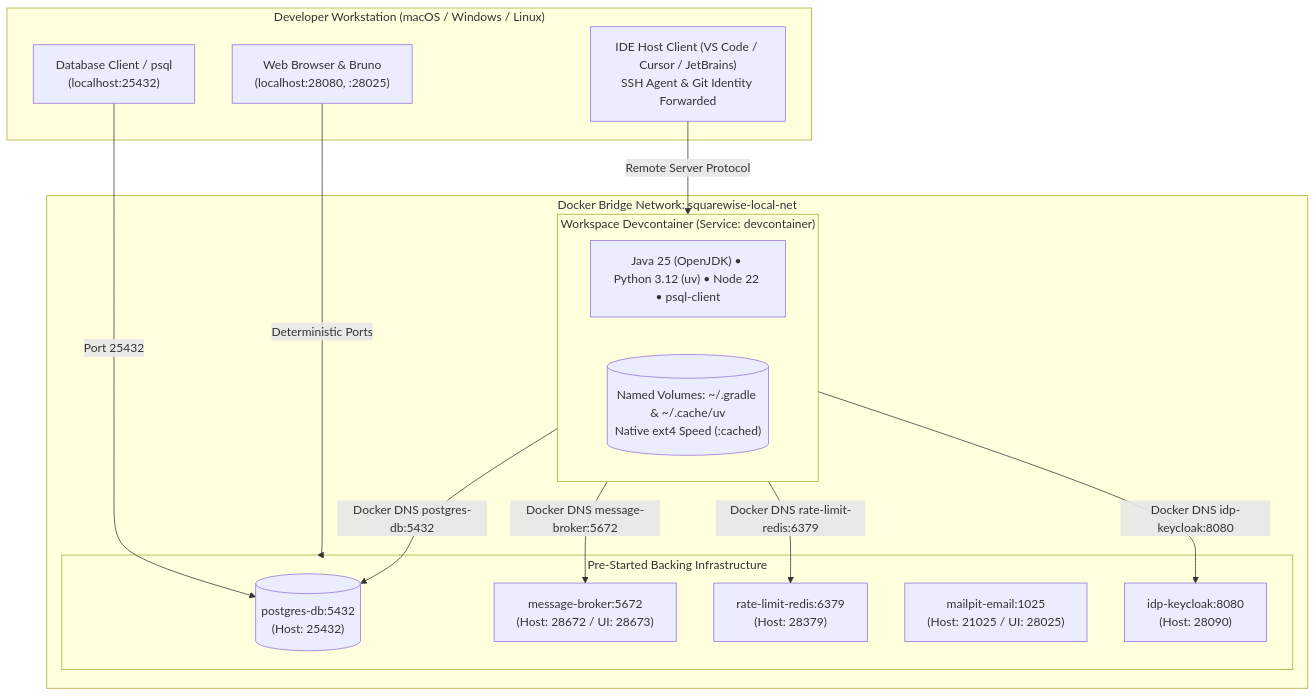
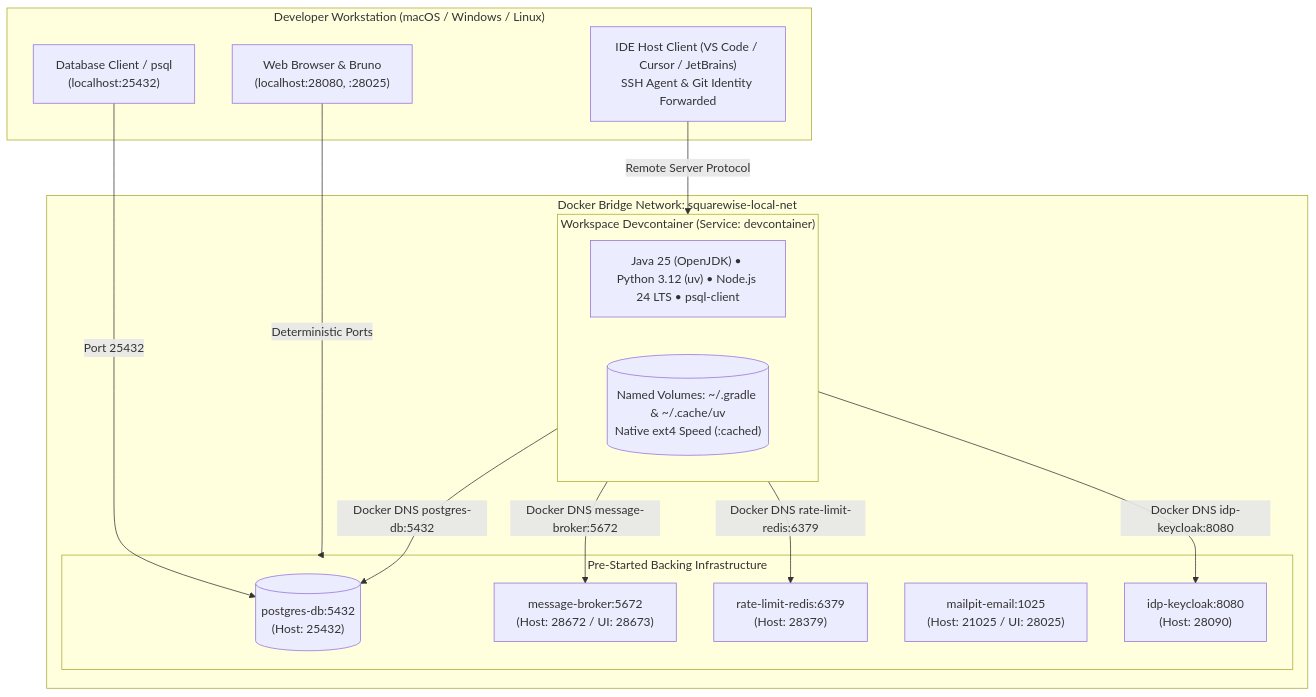
One commit to ohbus/squarewise changed the diagram in docs/operations/devcontainer.md. Above: the diagram before and after it, drawn with Mermaid. The commit also changed other lines of this file and 378 other files, not shown here.

````diff
--- a/docs/operations/devcontainer.md
+++ b/docs/operations/devcontainer.md
@@ -7,31 +7,31 @@
 ```mermaid
 flowchart TB
     subgraph Host["Developer Workstation (macOS / Windows / Linux)"]
         Browser["Web Browser & Bruno<br/>(localhost:28080, :28025)"]
         IDE["IDE Host Client (VS Code / Cursor / JetBrains)<br/>SSH Agent & Git Identity Forwarded"]
         DBTools["Database Client / psql<br/>(localhost:25432)"]
     end
 
     subgraph BridgeNet["Docker Bridge Network: squarewise-local-net"]
         subgraph WorkspaceContainer["Workspace Devcontainer (Service: devcontainer)"]
-            DevTools["Java 25 (OpenJDK) • Python 3.12 (uv) • Node 22 • psql-client"]
+            DevTools["Java 25 (OpenJDK) • Python 3.12 (uv) • Node.js 24 LTS • psql-client"]
             Caches[("Named Volumes: ~/.gradle & ~/.cache/uv<br/>Native ext4 Speed (:cached)")]
         end
 
         subgraph BackingServices["Pre-Started Backing Infrastructure"]
             PG[("postgres-db:5432<br/>(Host: 25432)")]
             RMQ["message-broker:5672<br/>(Host: 28672 / UI: 28673)"]
             Redis["rate-limit-redis:6379<br/>(Host: 28379)"]
             Mail["mailpit-email:1025<br/>(Host: 21025 / UI: 28025)"]
             IdP["idp-keycloak:8080<br/>(Host: 28090)"]
         end
     end
 
     IDE -->|Remote Server Protocol| WorkspaceContainer
     Browser -->|Deterministic Ports| BackingServices
     DBTools -->|Port 25432| PG
     WorkspaceContainer -->|Docker DNS postgres-db:5432| PG
     WorkspaceContainer -->|Docker DNS message-broker:5672| RMQ
     WorkspaceContainer -->|Docker DNS idp-keycloak:8080| IdP
     WorkspaceContainer -->|Docker DNS rate-limit-redis:6379| Redis
 ```
````
